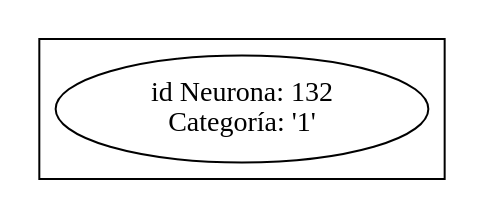
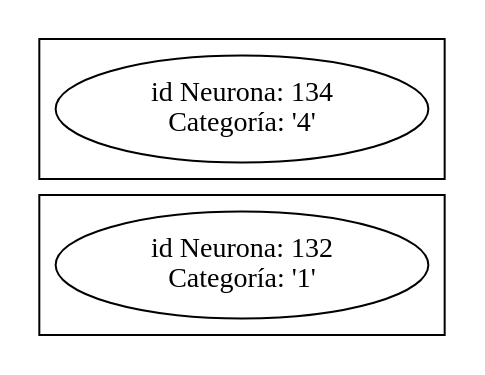
One commit to JohansSosa89/Brain-Cemisid-v1.5 changed the diagram in Obj/net_sight.dot. Above: the diagram before and after it, drawn with Graphviz. The commit also changed 45 other files, not shown here.

```diff
--- a/Obj/net_sight.dot
+++ b/Obj/net_sight.dot
@@ -1,87 +1,110 @@
 graph net_neuron{
 rankdir=LR;
 subgraph cluster_0{ }
 subgraph cluster_1{ "item132" [label=  "id Neurona: 132\nCategor&iacute;a: '1'"];
 }
 subgraph cluster_2{ }
 subgraph cluster_3{ }
-subgraph cluster_4{ }
+subgraph cluster_4{ "item134" [label=  "id Neurona: 134\nCategor&iacute;a: '4'"];
+}
 subgraph cluster_5{ }
 subgraph cluster_6{ }
 subgraph cluster_7{ }
 subgraph cluster_8{ }
 subgraph cluster_9{ }
 subgraph cluster_10{ }
 subgraph cluster_11{ }
 subgraph cluster_12{ }
 subgraph cluster_13{ }
 subgraph cluster_14{ }
 subgraph cluster_15{ }
 subgraph cluster_16{ }
 subgraph cluster_17{ }
 subgraph cluster_18{ }
 subgraph cluster_19{ }
 subgraph cluster_20{ }
 subgraph cluster_21{ }
 subgraph cluster_22{ }
 subgraph cluster_23{ }
 subgraph cluster_24{ }
 subgraph cluster_25{ }
 subgraph cluster_26{ }
 subgraph cluster_27{ }
 subgraph cluster_28{ }
 subgraph cluster_29{ }
 subgraph cluster_30{ }
 subgraph cluster_31{ }
 subgraph cluster_32{ }
 subgraph cluster_33{ }
 subgraph cluster_34{ }
 subgraph cluster_35{ }
 subgraph cluster_36{ }
 subgraph cluster_37{ }
 subgraph cluster_38{ }
 subgraph cluster_39{ }
 subgraph cluster_40{ }
 subgraph cluster_41{ }
 subgraph cluster_42{ }
 subgraph cluster_43{ }
 subgraph cluster_44{ }
 subgraph cluster_45{ }
 subgraph cluster_46{ }
 subgraph cluster_47{ }
 subgraph cluster_48{ }
 subgraph cluster_49{ }
 subgraph cluster_50{ }
 subgraph cluster_51{ }
 subgraph cluster_52{ }
 subgraph cluster_53{ }
 subgraph cluster_54{ }
 subgraph cluster_55{ }
 subgraph cluster_56{ }
 subgraph cluster_57{ }
 subgraph cluster_58{ }
 subgraph cluster_59{ }
 subgraph cluster_60{ }
 subgraph cluster_61{ }
 subgraph cluster_62{ }
 subgraph cluster_63{ }
 subgraph cluster_64{ }
 subgraph cluster_65{ }
 subgraph cluster_66{ }
 subgraph cluster_67{ }
 subgraph cluster_68{ }
 subgraph cluster_69{ }
 subgraph cluster_70{ }
 subgraph cluster_71{ }
 subgraph cluster_72{ }
 subgraph cluster_73{ }
 subgraph cluster_74{ }
 subgraph cluster_75{ }
 subgraph cluster_76{ }
 subgraph cluster_77{ }
 subgraph cluster_78{ }
 subgraph cluster_79{ }
 subgraph cluster_80{ }
 subgraph cluster_81{ }
+subgraph cluster_82{ }
+subgraph cluster_83{ }
+subgraph cluster_84{ }
+subgraph cluster_85{ }
+subgraph cluster_86{ }
+subgraph cluster_87{ }
+subgraph cluster_88{ }
+subgraph cluster_89{ }
+subgraph cluster_90{ }
+subgraph cluster_91{ }
+subgraph cluster_92{ }
+subgraph cluster_93{ }
+subgraph cluster_94{ }
+subgraph cluster_95{ }
+subgraph cluster_96{ }
+subgraph cluster_97{ }
+subgraph cluster_98{ }
+subgraph cluster_99{ }
+subgraph cluster_100{ }
+subgraph cluster_101{ }
+subgraph cluster_102{ }
+subgraph cluster_103{ }
 
 }
```
